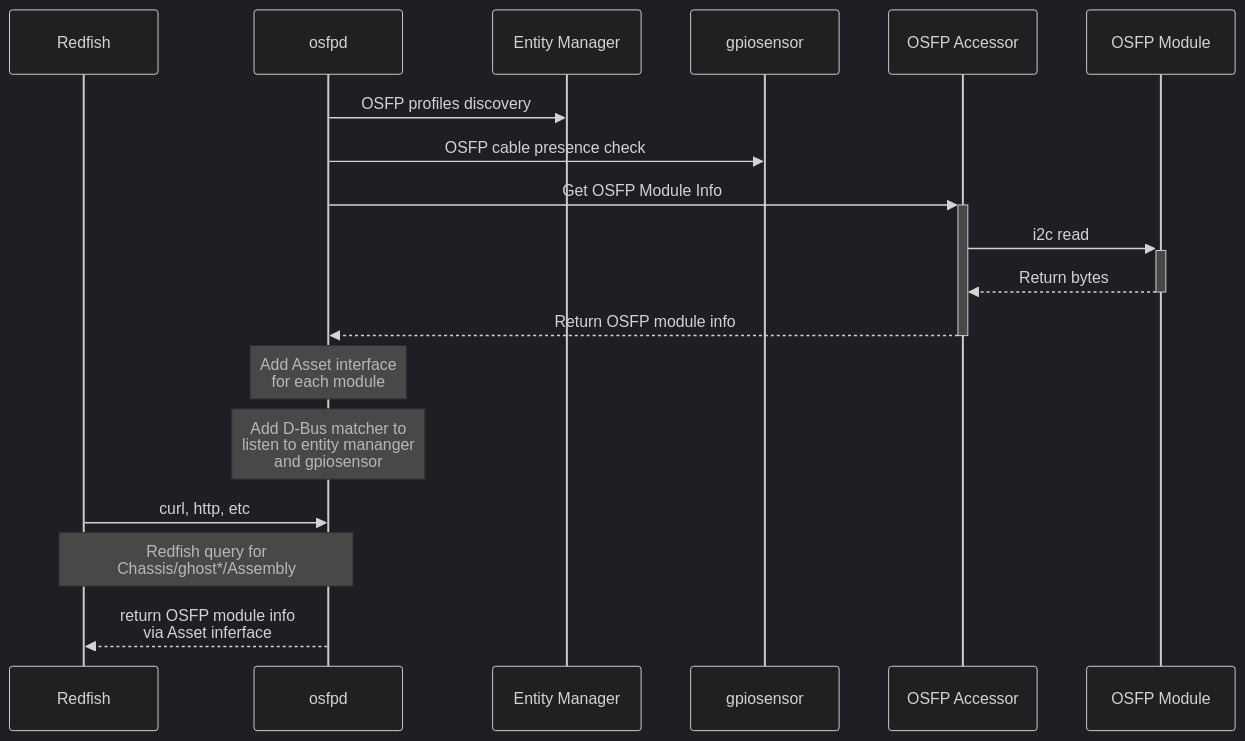
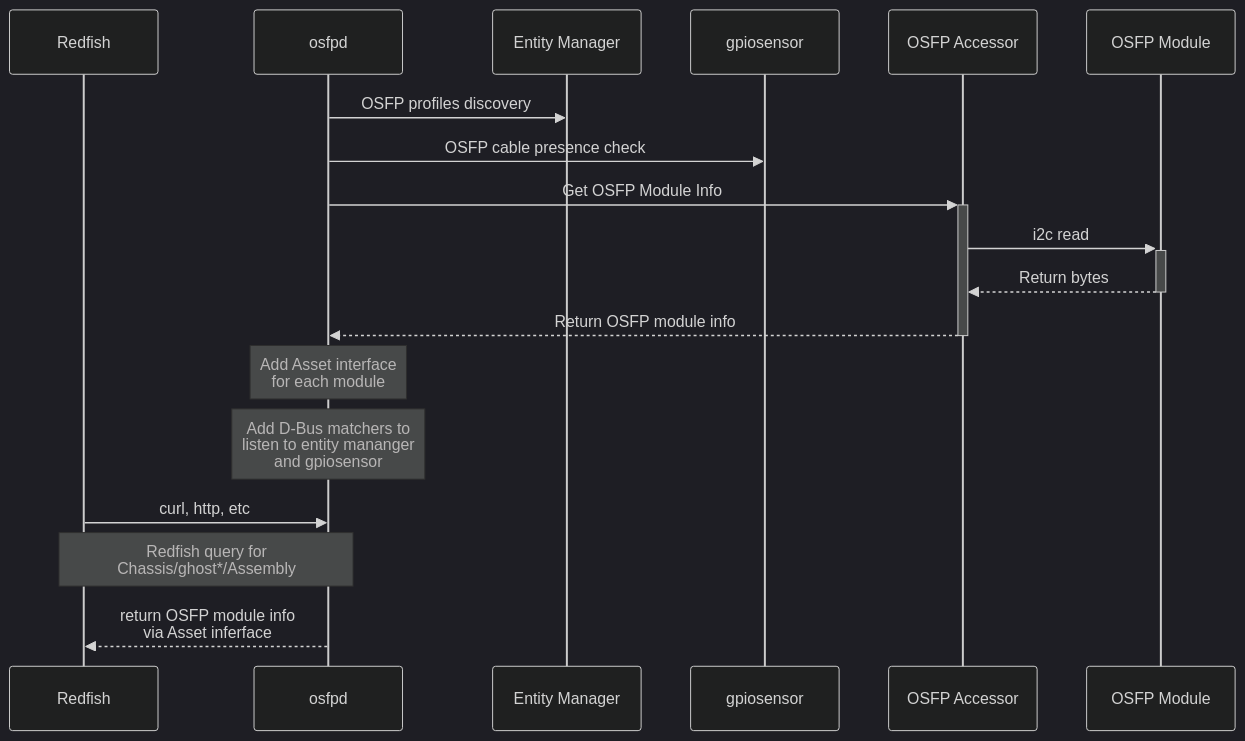
One commit to Edmond-Mo/device_update_daemon changed the diagram in osfpd.md. Above: the diagram before and after it, drawn with Mermaid (dark theme).

````diff
--- a/osfpd.md
+++ b/osfpd.md
@@ -1,21 +1,21 @@
 ```mermaid
 sequenceDiagram;
 participant APP as Redfish
 participant OSD as osfpd
 participant EMR as Entity Manager
 participant SEN as gpiosensor
 participant OOB as OSFP Accessor
 participant MOD as OSFP Module
 
 OSD ->> EMR: OSFP profiles discovery
 OSD ->> SEN: OSFP cable presence check
 OSD ->>+ OOB: Get OSFP Module Info
 OOB ->>+ MOD: i2c read
 MOD -->>- OOB: Return bytes
 OOB -->>- OSD: Return OSFP module info
 note over OSD: Add Asset interface<br/>for each module
-note over OSD: Add D-Bus matcher to<br/>listen to entity mananger<br/>and gpiosensor
+note over OSD: Add D-Bus matchers to<br/>listen to entity mananger<br/>and gpiosensor
 APP ->> OSD: curl, http, etc
 note over APP, OSD: Redfish query for<br/>Chassis/ghost*/Assembly
 OSD -->> APP: return OSFP module info<br/>via Asset inferface
 ```
````
